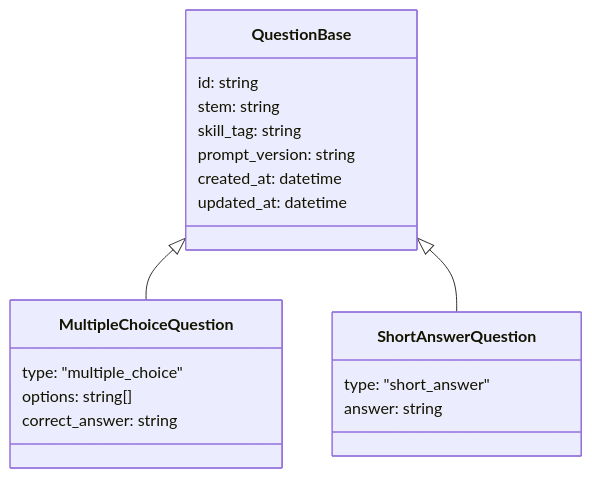
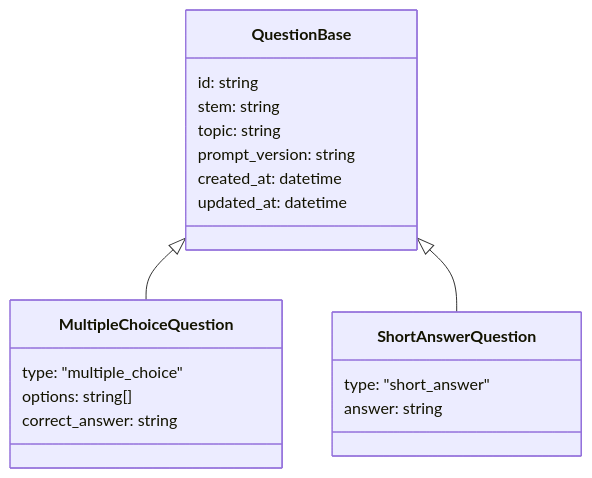
One commit to danilomsilva/question-bench changed the eighth of 10 diagrams in docs/architecture.md. Above: the diagram before and after it, drawn with Mermaid. The commit also changed other lines of this file and 26 other files, not shown here.

First line of the commit message:
refactor: rename skill_tag to topic across backend, frontend, and docs

````diff
--- a/docs/architecture.md
+++ b/docs/architecture.md
@@ -205,22 +205,22 @@
 ```mermaid
 classDiagram
     class QuestionBase {
         id: string
         stem: string
-        skill_tag: string
+        topic: string
         prompt_version: string
         created_at: datetime
         updated_at: datetime
     }
     class MultipleChoiceQuestion {
         type: "multiple_choice"
         options: string[]
         correct_answer: string
     }
     class ShortAnswerQuestion {
         type: "short_answer"
         answer: string
     }
     QuestionBase <|-- MultipleChoiceQuestion
     QuestionBase <|-- ShortAnswerQuestion
 ```
````
